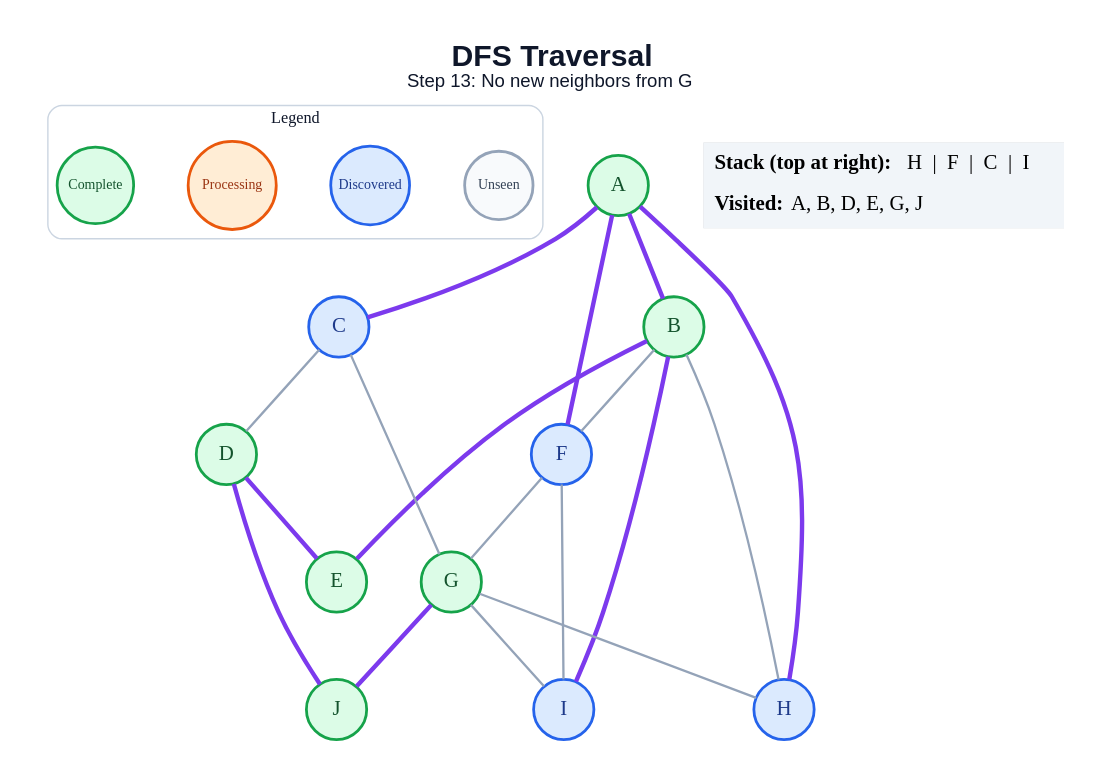
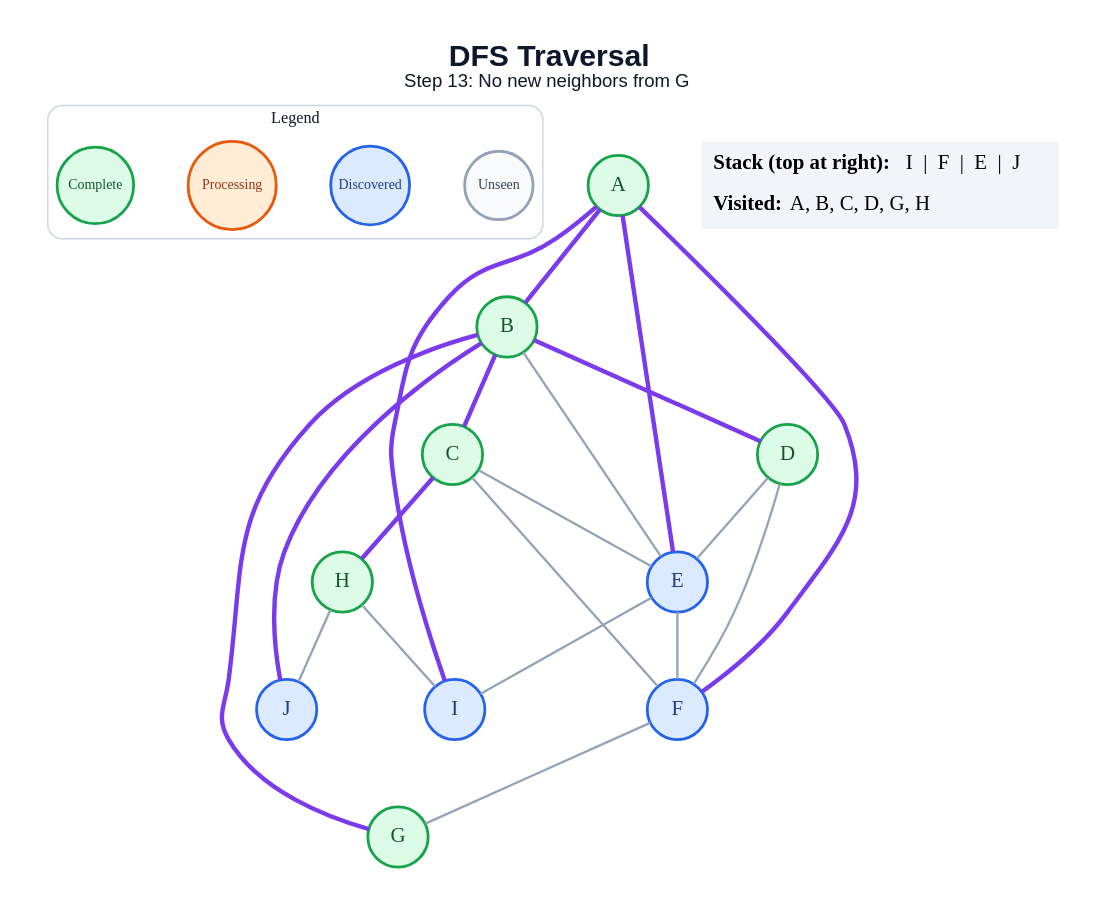
Before and after one commit to amanghodawala9/ai-slop: the diagram in generated/dfs/step_13.dot, drawn with Graphviz. The commit also changed 178 other files, not shown here.

```diff
--- a/generated/dfs/step_13.dot
+++ b/generated/dfs/step_13.dot
@@ -1,46 +1,48 @@
 graph traversal {
   graph [layout=dot, rankdir=TB, bgcolor="#FFFFFF", pad="0.35", nodesep="0.65", ranksep="0.8", fontname="Arial"];
   node [shape=circle, style="filled", fontname="Arial Bold", fontsize=18, width=0.72, fixedsize=true, penwidth=2.4];
   edge [color="#94A3B8", penwidth=2.0];
   label=<<B>DFS Traversal</B><BR/><FONT POINT-SIZE="16">Step 13: No new neighbors from G</FONT>>; labelloc="t"; fontsize=26; fontname="Arial"; fontcolor="#0F172A";
   subgraph cluster_legend { label="Legend"; color="#CBD5E1"; penwidth=1.2; style="rounded"; fontsize=14; fontname="Arial Bold";
     key_unseen [label="Unseen", fillcolor="#F8FAFC", color="#94A3B8", fontcolor="#334155", fontsize=12, width=0.82];
     key_frontier [label="Discovered", fillcolor="#DBEAFE", color="#2563EB", fontcolor="#1E3A8A", fontsize=12, width=0.95];
     key_current [label="Processing", fillcolor="#FFEDD5", color="#EA580C", fontcolor="#9A3412", fontsize=12, width=1.05];
     key_done [label="Complete", fillcolor="#DCFCE7", color="#16A34A", fontcolor="#14532D", fontsize=12, width=0.92];
     { rank=same; key_unseen; key_frontier; key_current; key_done; }
   }
   A [fillcolor="#DCFCE7", color="#16A34A", fontcolor="#14532D"];
   B [fillcolor="#DCFCE7", color="#16A34A", fontcolor="#14532D"];
-  C [fillcolor="#DBEAFE", color="#2563EB", fontcolor="#1E3A8A"];
+  C [fillcolor="#DCFCE7", color="#16A34A", fontcolor="#14532D"];
   D [fillcolor="#DCFCE7", color="#16A34A", fontcolor="#14532D"];
-  E [fillcolor="#DCFCE7", color="#16A34A", fontcolor="#14532D"];
+  E [fillcolor="#DBEAFE", color="#2563EB", fontcolor="#1E3A8A"];
   F [fillcolor="#DBEAFE", color="#2563EB", fontcolor="#1E3A8A"];
   G [fillcolor="#DCFCE7", color="#16A34A", fontcolor="#14532D"];
-  H [fillcolor="#DBEAFE", color="#2563EB", fontcolor="#1E3A8A"];
+  H [fillcolor="#DCFCE7", color="#16A34A", fontcolor="#14532D"];
   I [fillcolor="#DBEAFE", color="#2563EB", fontcolor="#1E3A8A"];
-  J [fillcolor="#DCFCE7", color="#16A34A", fontcolor="#14532D"];
+  J [fillcolor="#DBEAFE", color="#2563EB", fontcolor="#1E3A8A"];
   A -- B [color="#7C3AED", penwidth=3.8];
-  A -- C [color="#7C3AED", penwidth=3.8];
+  A -- E [color="#7C3AED", penwidth=3.8];
   A -- F [color="#7C3AED", penwidth=3.8];
-  A -- H [color="#7C3AED", penwidth=3.8];
-  B -- E [color="#7C3AED", penwidth=3.8];
-  B -- F;
-  B -- H;
-  B -- I [color="#7C3AED", penwidth=3.8];
-  C -- D;
-  C -- G;
-  D -- E [color="#7C3AED", penwidth=3.8];
-  D -- J [color="#7C3AED", penwidth=3.8];
+  A -- I [color="#7C3AED", penwidth=3.8];
+  B -- C [color="#7C3AED", penwidth=3.8];
+  B -- D [color="#7C3AED", penwidth=3.8];
+  B -- E;
+  B -- G [color="#7C3AED", penwidth=3.8];
+  B -- J [color="#7C3AED", penwidth=3.8];
+  C -- E;
+  C -- F;
+  C -- H [color="#7C3AED", penwidth=3.8];
+  D -- E;
+  D -- F;
+  E -- F;
+  E -- I;
   F -- G;
-  F -- I;
-  G -- H;
-  G -- I;
-  G -- J [color="#7C3AED", penwidth=3.8];
+  H -- I;
+  H -- J;
   status [shape=plain, fixedsize=false, width=0, height=0, margin=0, label=<
     <TABLE BORDER="0" CELLBORDER="0" CELLPADDING="7" BGCOLOR="#F1F5F9">
-      <TR><TD ALIGN="LEFT"><B>Stack (top at right):</B> H  |  F  |  C  |  I</TD></TR>
-      <TR><TD ALIGN="LEFT"><B>Visited:</B> A, B, D, E, G, J</TD></TR>
+      <TR><TD ALIGN="LEFT"><B>Stack (top at right):</B> I  |  F  |  E  |  J</TD></TR>
+      <TR><TD ALIGN="LEFT"><B>Visited:</B> A, B, C, D, G, H</TD></TR>
     </TABLE>
   >];
 }
```
